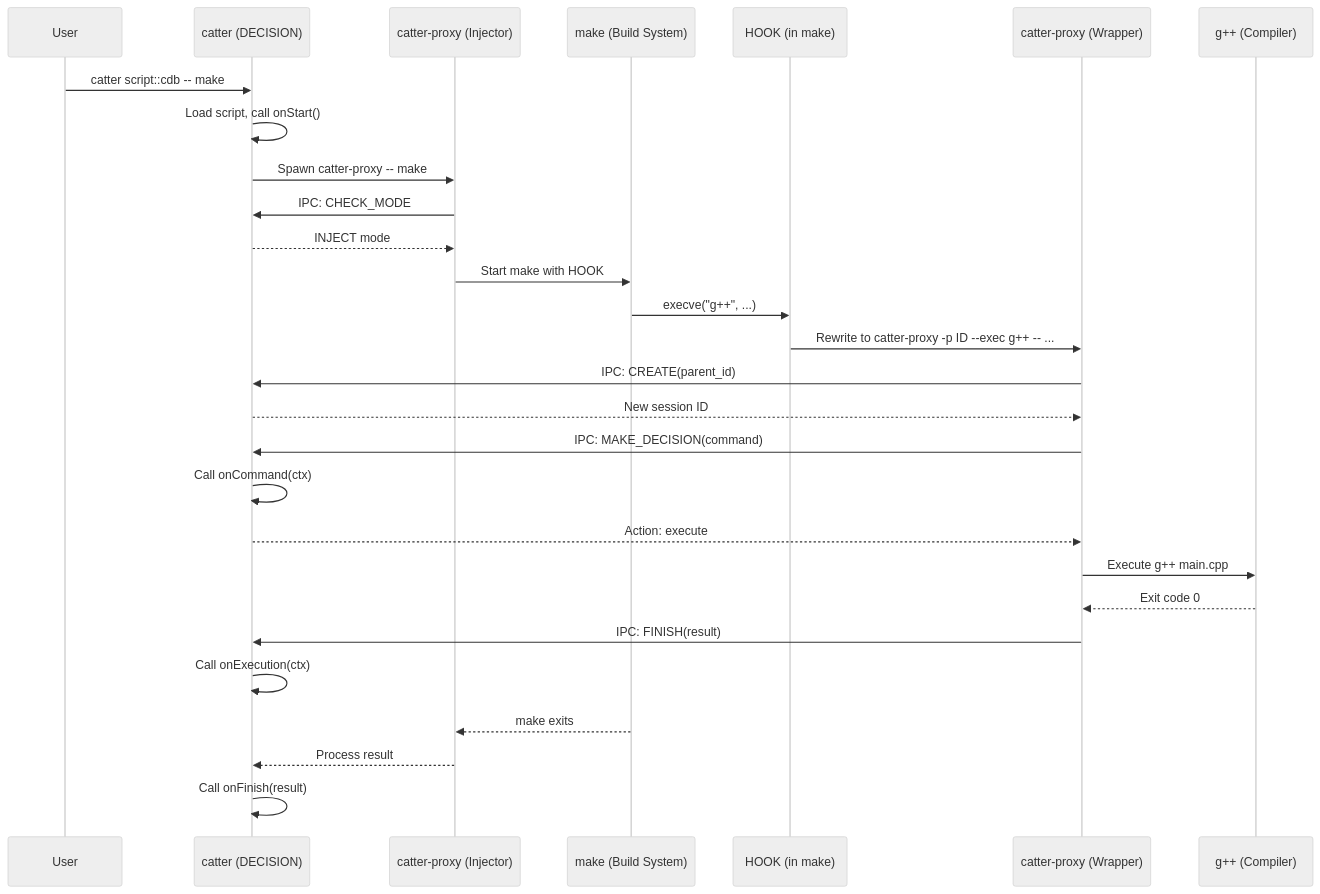
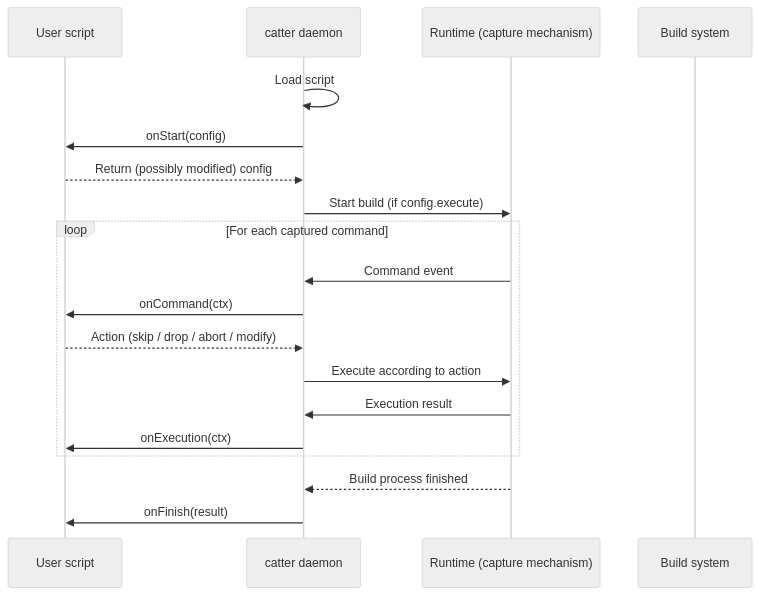
One commit to clice-io/docs changed the diagram in en/catter/design/architecture.md. Above: the diagram before and after it, drawn with Mermaid (neutral theme). The commit also changed other lines of this file and 13 other files, not shown here.

````diff
--- a/en/catter/design/architecture.md
+++ b/en/catter/design/architecture.md
@@ -88,31 +28,22 @@
 ```mermaid
 sequenceDiagram
-    participant User
-    participant Catter as catter (DECISION)
-    participant Proxy1 as catter-proxy (Injector)
-    participant Make as make (Build System)
-    participant Hook as HOOK (in make)
-    participant Proxy2 as catter-proxy (Wrapper)
-    participant GCC as g++ (Compiler)
+    participant Script as User script
+    participant Catter as catter daemon
+    participant Runtime as Runtime (capture mechanism)
+    participant Build as Build system
 
-    User->>Catter: catter script::cdb -- make
-    Catter->>Catter: Load script, call onStart()
-    Catter->>Proxy1: Spawn catter-proxy -- make
-    Proxy1->>Catter: IPC: CHECK_MODE
-    Catter-->>Proxy1: INJECT mode
-    Proxy1->>Make: Start make with HOOK
-    Make->>Hook: execve("g++", ...)
-    Hook->>Proxy2: Rewrite to catter-proxy -p ID --exec g++ -- ...
-    Proxy2->>Catter: IPC: CREATE(parent_id)
-    Catter-->>Proxy2: New session ID
-    Proxy2->>Catter: IPC: MAKE_DECISION(command)
-    Catter->>Catter: Call onCommand(ctx)
-    Catter-->>Proxy2: Action: execute
-    Proxy2->>GCC: Execute g++ main.cpp
-    GCC-->>Proxy2: Exit code 0
-    Proxy2->>Catter: IPC: FINISH(result)
-    Catter->>Catter: Call onExecution(ctx)
-    Make-->>Proxy1: make exits
-    Proxy1-->>Catter: Process result
-    Catter->>Catter: Call onFinish(result)
+    Catter->>Catter: Load script
+    Catter->>Script: onStart(config)
+    Script-->>Catter: Return (possibly modified) config
+    Catter->>Runtime: Start build (if config.execute)
+    loop For each captured command
+        Runtime->>Catter: Command event
+        Catter->>Script: onCommand(ctx)
+        Script-->>Catter: Action (skip / drop / abort / modify)
+        Catter->>Runtime: Execute according to action
+        Runtime->>Catter: Execution result
+        Catter->>Script: onExecution(ctx)
+    end
+    Runtime-->>Catter: Build process finished
+    Catter->>Script: onFinish(result)
 ```
````
